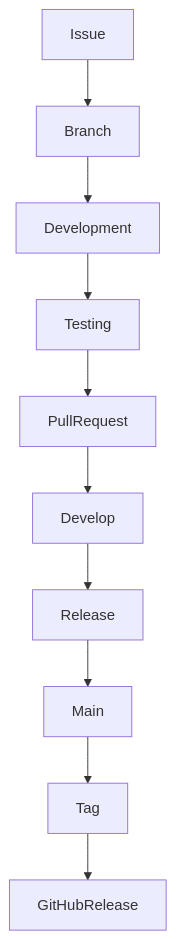
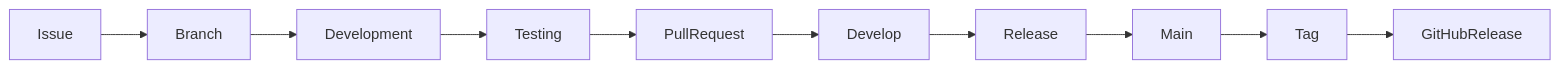
The second of 2 diagrams in README.md (MishraRoushankumar/expenseTracker-Backend), drawn with Mermaid before and after one commit. The commit also changed other lines of this file and 10 other files, not shown here.

````diff
--- a/README.md
+++ b/README.md
@@ -488,21 +502,21 @@
 ```mermaid
-flowchart TD
+flowchart LR
 
 Issue --> Branch
 
 Branch --> Development
 
 Development --> Testing
 
 Testing --> PullRequest
 
 PullRequest --> Develop
 
 Develop --> Release
 
 Release --> Main
 
 Main --> Tag
 
 Tag --> GitHubRelease
 ```
````
